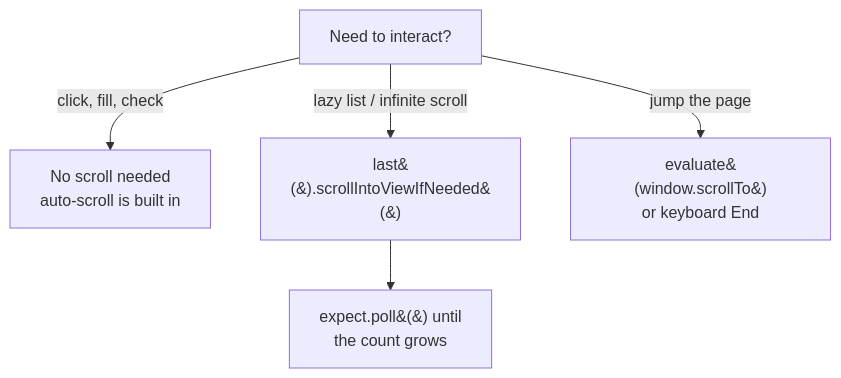
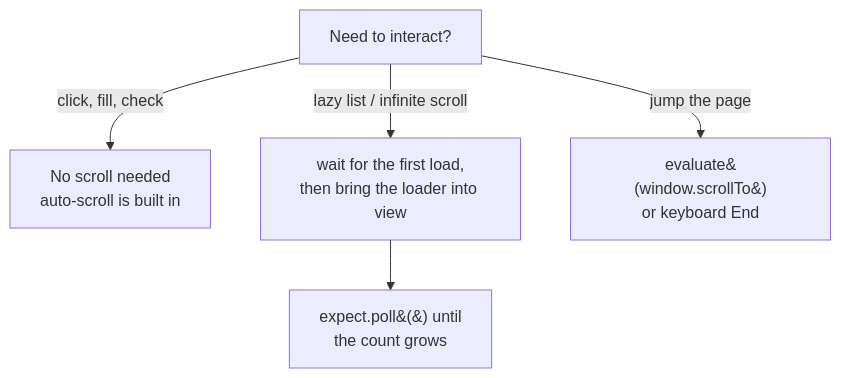
Diagram 24 of 26 in README.md (PramodDutta/LearningPlaywrightFundamentals3x), drawn with Mermaid before and after one commit. The commit also changed other lines of this file and 4 other files, not shown here.

First line of the commit message:
fix: correct the lazy-load, checkbox, test.step and hook count specs

````diff
--- a/README.md
+++ b/README.md
@@ -2040,7 +2040,7 @@
 ```mermaid
 flowchart TD
     A[Need to interact?] -->|click, fill, check| B[No scroll needed<br/>auto-scroll is built in]
-    A -->|lazy list / infinite scroll| C["last&#40;&#41;.scrollIntoViewIfNeeded&#40;&#41;"]
+    A -->|lazy list / infinite scroll| C["wait for the first load,<br/>then bring the loader into view"]
     C --> D["expect.poll&#40;&#41; until<br/>the count grows"]
     A -->|jump the page| E["evaluate&#40;window.scrollTo&#41;<br/>or keyboard End"]
 ```
````
